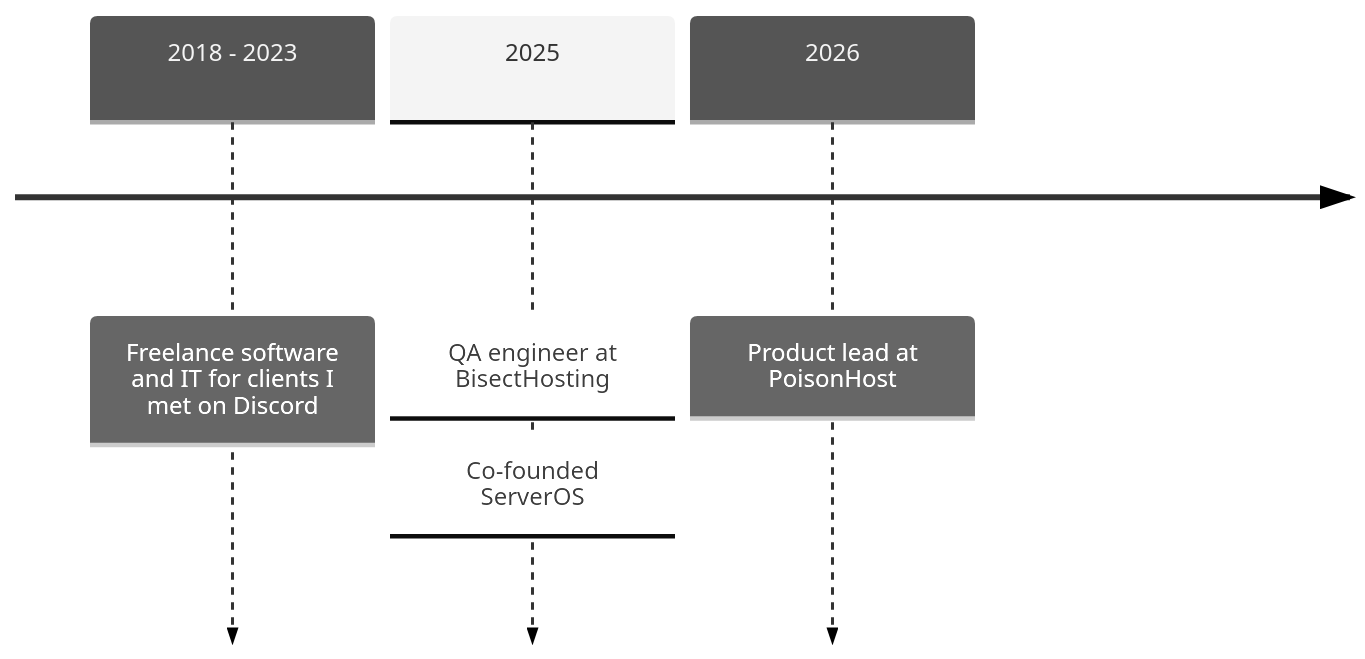
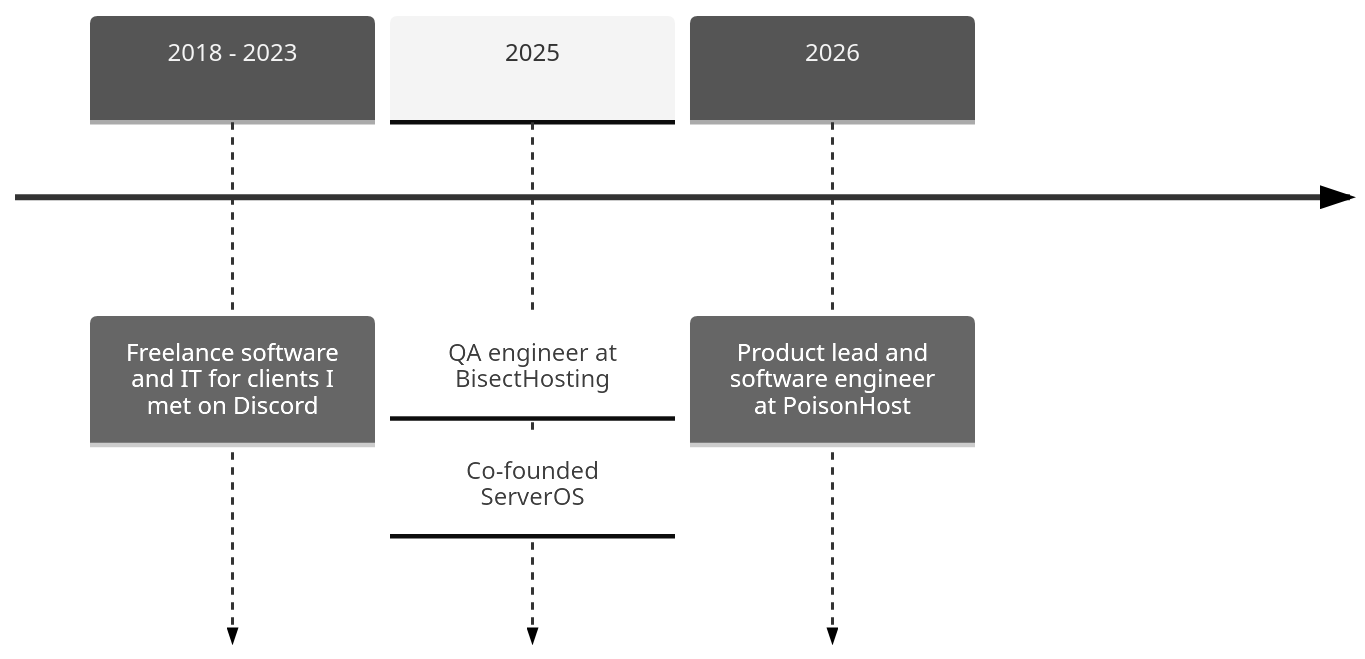
The diagram in README.md (liamdevss/liamdevss), drawn with Mermaid (neutral theme) before and after one commit. The commit also changed other lines of this file and 3 other files, not shown here.

Commit message:
Animated banner, PoisonHost title and more tools

````diff
--- a/README.md
+++ b/README.md
@@ -32,6 +28,6 @@
 ```mermaid
 timeline
     2018 - 2023 : Freelance software and IT for clients I met on Discord
     2025 : QA engineer at BisectHosting : Co-founded ServerOS
-    2026 : Product lead at PoisonHost
+    2026 : Product lead and software engineer at PoisonHost
 ```
````
